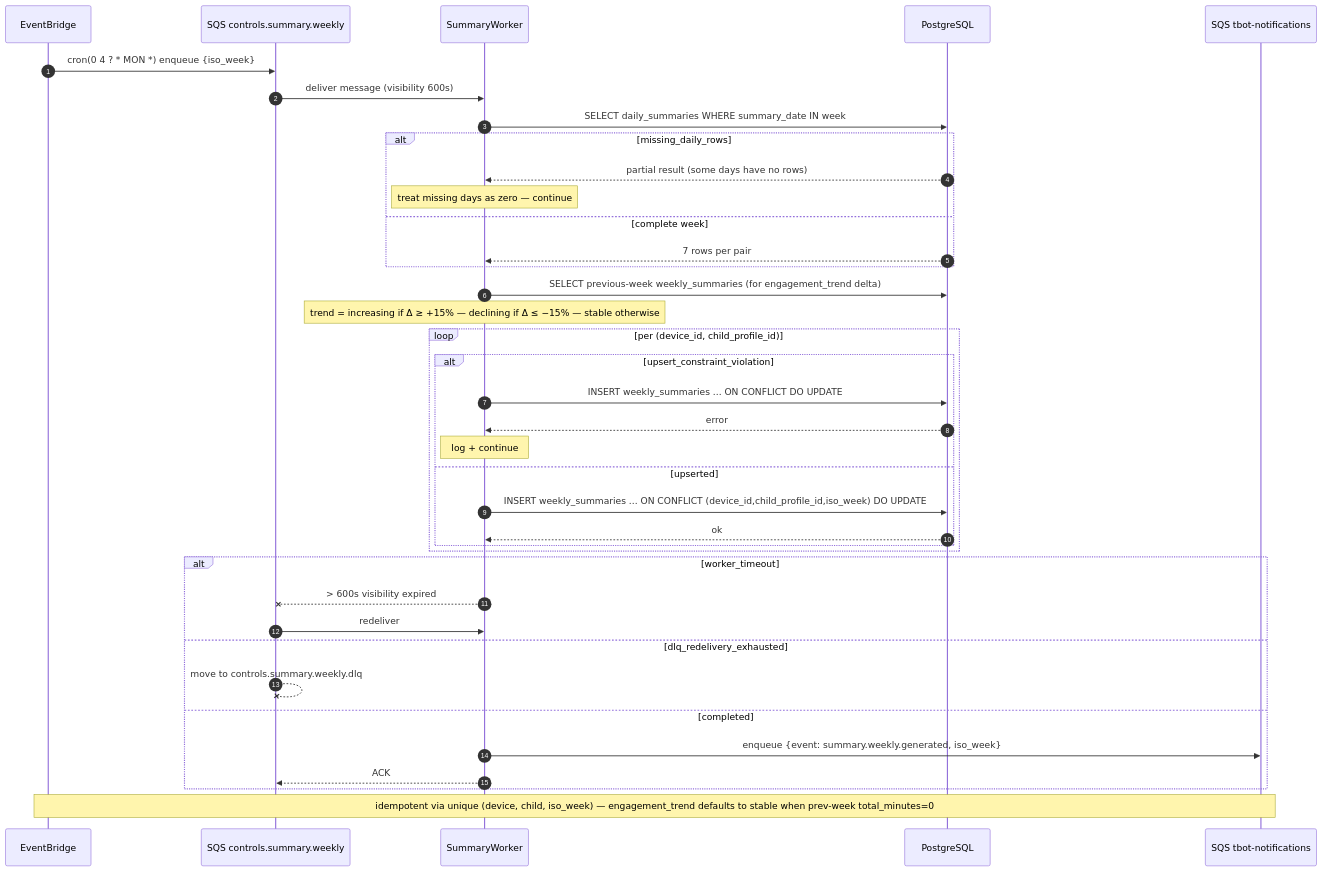
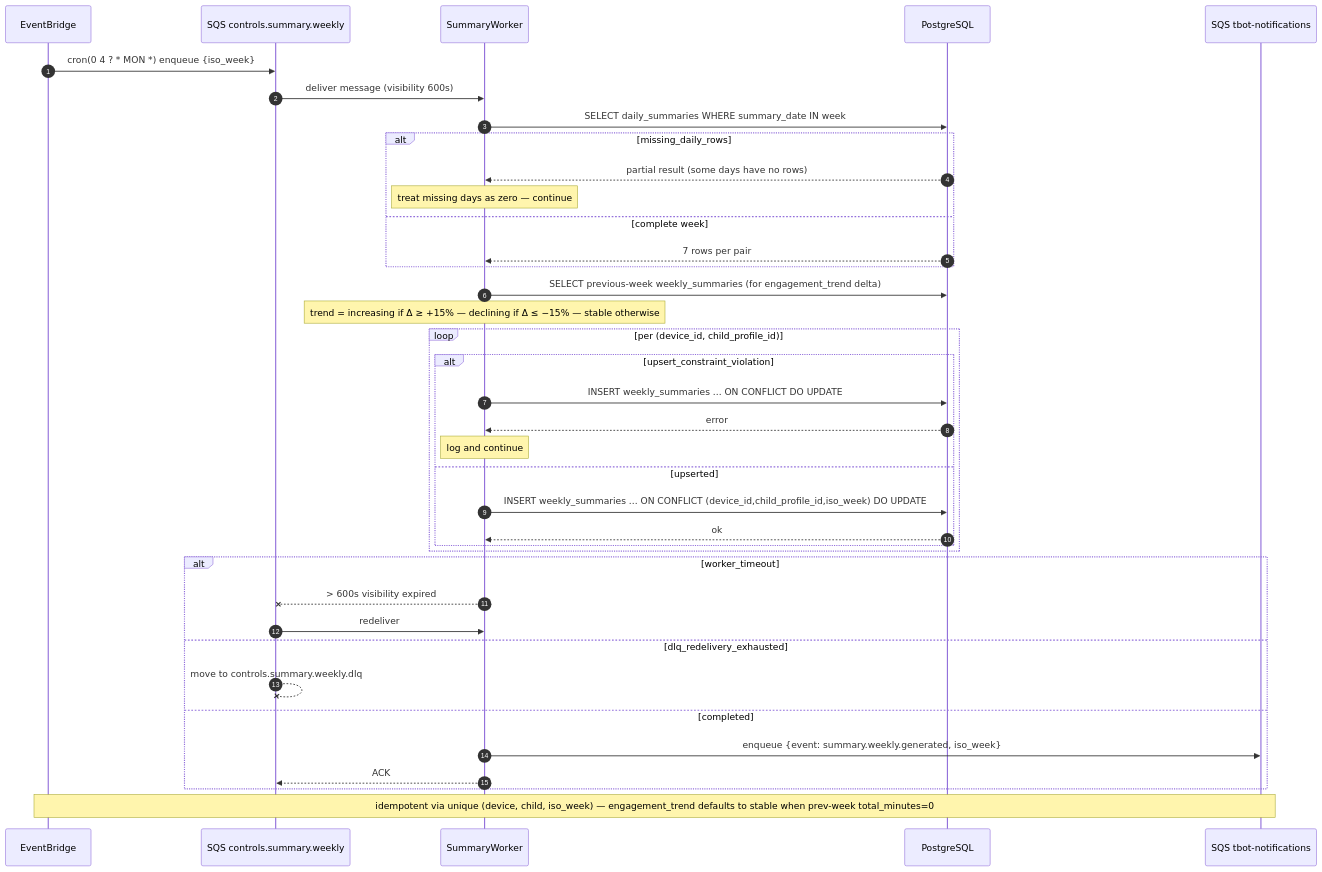
The diagram in migrate-ui-ux-to-mobile-app-docs/sequences/07-parent/weekly-summary-generation.sequence.mmd (JSR-Algo/TJBOT-Mobile), drawn with Mermaid before and after one commit. The commit also changed 752 other files, not shown here.

```diff
--- a/migrate-ui-ux-to-mobile-app-docs/sequences/07-parent/weekly-summary-generation.sequence.mmd
+++ b/migrate-ui-ux-to-mobile-app-docs/sequences/07-parent/weekly-summary-generation.sequence.mmd
@@ -1,68 +1,68 @@
 ---
 system: sys-07-parent-controls-summary
 flow_id: weekly-summary-generation
 surface: cron
 spec_anchor: /software/systems/07-parent-controls-summary#weekly-summary-worker
 actors: [EventBridge, SQS, SummaryWorker, PostgreSQL, NotificationQueue]
 apis: []
 externals: [EventBridge, SQS]
 queues:
   - controls.summary.weekly
   - controls.summary.weekly.dlq
   - tbot-notifications
 failure_paths:
   - missing_daily_rows
   - upsert_constraint_violation
   - worker_timeout
   - dlq_redelivery_exhausted
 idempotency: upsert ON CONFLICT (device_id, child_profile_id, iso_week)
 retry: SQS 3 retries with backoff (5m, 30m, 2h); DLQ after 3 fails
 timeout: 600s visibility timeout per message
 status: final
 ---
 %% HAND-CURATED. Aggregates daily_summaries → engagement trend; tolerates missing daily rows.
 sequenceDiagram
     autonumber
     participant EventBridge
     participant SQS as SQS controls.summary.weekly
     participant SummaryWorker
     participant PostgreSQL
     participant NotificationQueue as SQS tbot-notifications
 
     EventBridge->>SQS: cron(0 4 ? * MON *) enqueue {iso_week}
     SQS->>SummaryWorker: deliver message (visibility 600s)
     SummaryWorker->>PostgreSQL: SELECT daily_summaries WHERE summary_date IN week
 
     alt missing_daily_rows
         PostgreSQL-->>SummaryWorker: partial result (some days have no rows)
         Note over SummaryWorker: treat missing days as zero — continue
     else complete week
         PostgreSQL-->>SummaryWorker: 7 rows per pair
     end
 
     SummaryWorker->>PostgreSQL: SELECT previous-week weekly_summaries (for engagement_trend delta)
 
     Note over SummaryWorker: trend = increasing if Δ ≥ +15% — declining if Δ ≤ −15% — stable otherwise
 
     loop per (device_id, child_profile_id)
         alt upsert_constraint_violation
             SummaryWorker->>PostgreSQL: INSERT weekly_summaries ... ON CONFLICT DO UPDATE
             PostgreSQL-->>SummaryWorker: error
-            Note over SummaryWorker: log + continue
+            Note over SummaryWorker: log and continue
         else upserted
             SummaryWorker->>PostgreSQL: INSERT weekly_summaries ... ON CONFLICT (device_id,child_profile_id,iso_week) DO UPDATE
             PostgreSQL-->>SummaryWorker: ok
         end
     end
 
     alt worker_timeout
         SummaryWorker--xSQS: > 600s visibility expired
         SQS->>SummaryWorker: redeliver
     else dlq_redelivery_exhausted
         SQS--xSQS: move to controls.summary.weekly.dlq
     else completed
         SummaryWorker->>NotificationQueue: enqueue {event: summary.weekly.generated, iso_week}
         SummaryWorker-->>SQS: ACK
     end
 
     Note over EventBridge,NotificationQueue: idempotent via unique (device, child, iso_week) — engagement_trend defaults to stable when prev-week total_minutes=0
```
